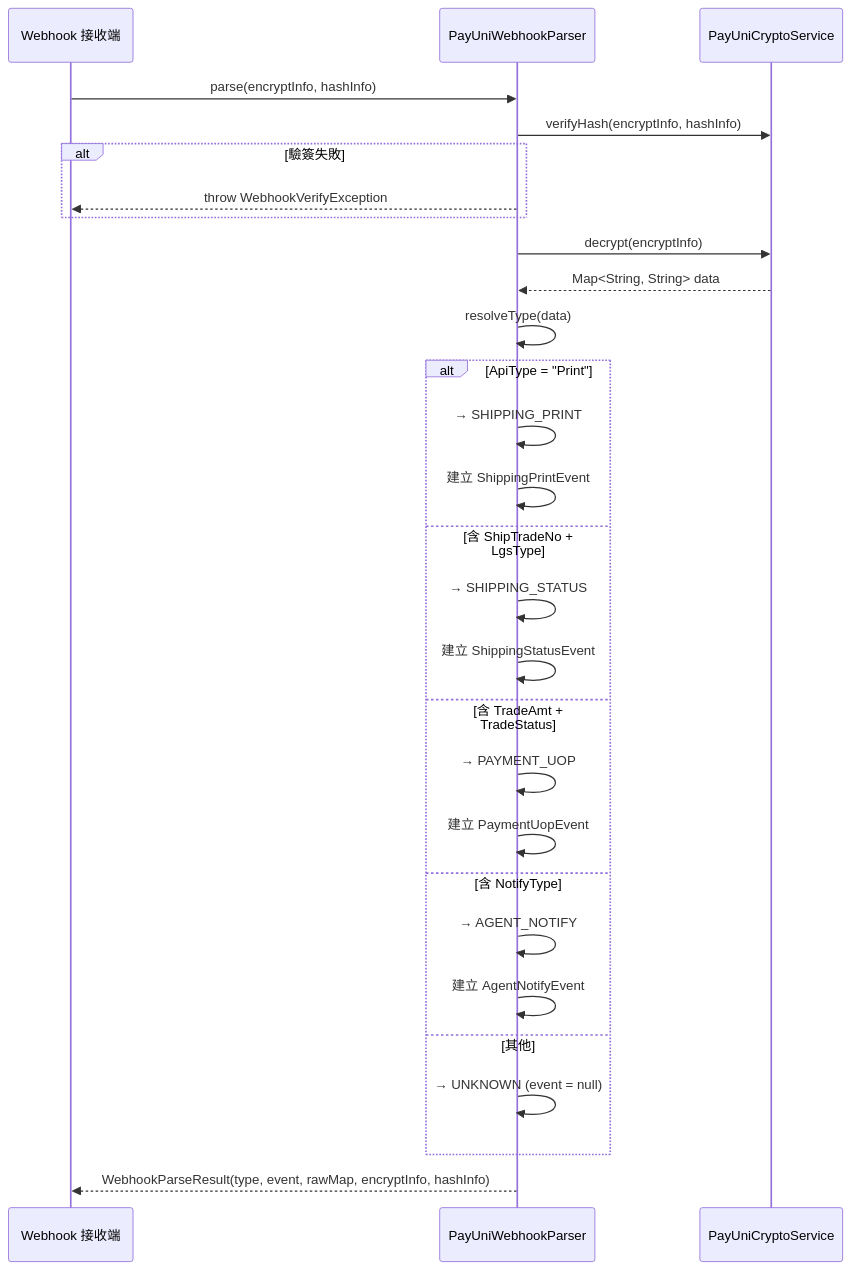
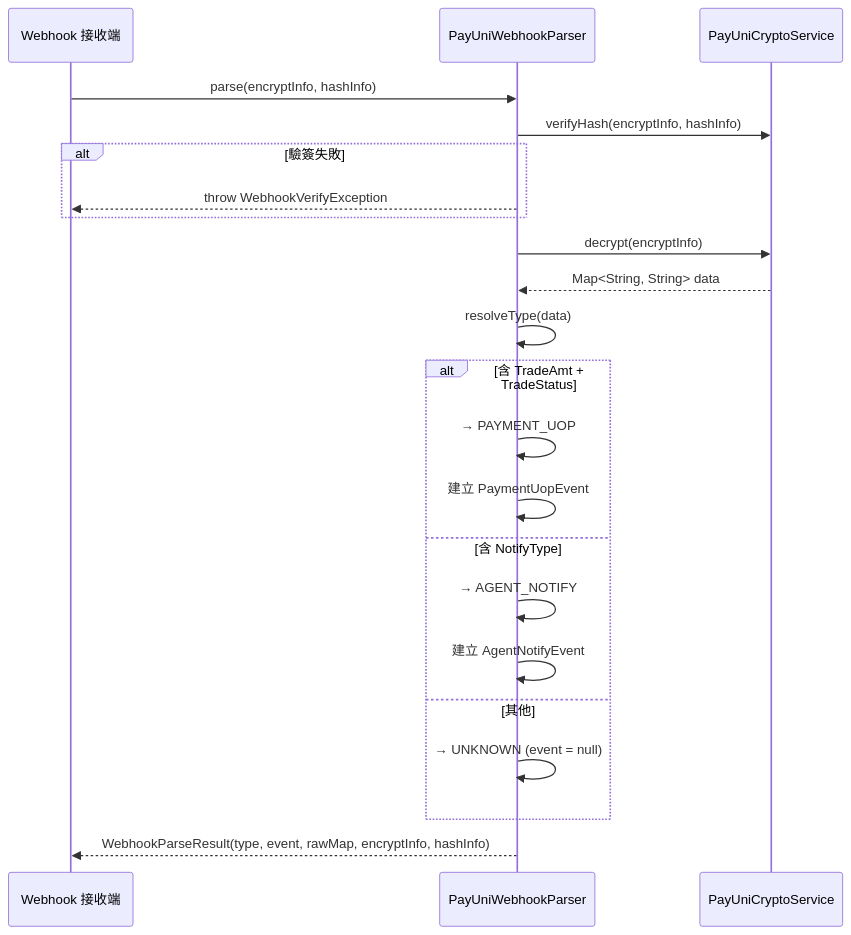
One commit to Will413028/hawkr changed the seventh of 7 diagrams in backend/docs/詳細設計書/11-PayUni Java Client（payuni-java-client）詳細設計書.md. Above: the diagram before and after it, drawn with Mermaid. The commit also changed other lines of this file and 54 other files, not shown here.

````diff
--- a/backend/docs/詳細設計書/11-PayUni Java Client（payuni-java-client）詳細設計書.md
+++ b/backend/docs/詳細設計書/11-PayUni Java Client（payuni-java-client）詳細設計書.md
@@ -962,31 +644,25 @@
 ```mermaid
 sequenceDiagram
     participant WH as Webhook 接收端
     participant Parser as PayUniWebhookParser
     participant Crypto as PayUniCryptoService
 
     WH->>Parser: parse(encryptInfo, hashInfo)
     Parser->>Crypto: verifyHash(encryptInfo, hashInfo)
     alt 驗簽失敗
         Parser-->>WH: throw WebhookVerifyException
     end
     Parser->>Crypto: decrypt(encryptInfo)
     Crypto-->>Parser: Map<String, String> data
     Parser->>Parser: resolveType(data)
-    alt ApiType = "Print"
-        Parser->>Parser: → SHIPPING_PRINT
-        Parser->>Parser: 建立 ShippingPrintEvent
-    else 含 ShipTradeNo + LgsType
-        Parser->>Parser: → SHIPPING_STATUS
-        Parser->>Parser: 建立 ShippingStatusEvent
-    else 含 TradeAmt + TradeStatus
+    alt 含 TradeAmt + TradeStatus
         Parser->>Parser: → PAYMENT_UOP
         Parser->>Parser: 建立 PaymentUopEvent
     else 含 NotifyType
         Parser->>Parser: → AGENT_NOTIFY
         Parser->>Parser: 建立 AgentNotifyEvent
     else 其他
         Parser->>Parser: → UNKNOWN (event = null)
     end
     Parser-->>WH: WebhookParseResult(type, event, rawMap, encryptInfo, hashInfo)
 ```
````
